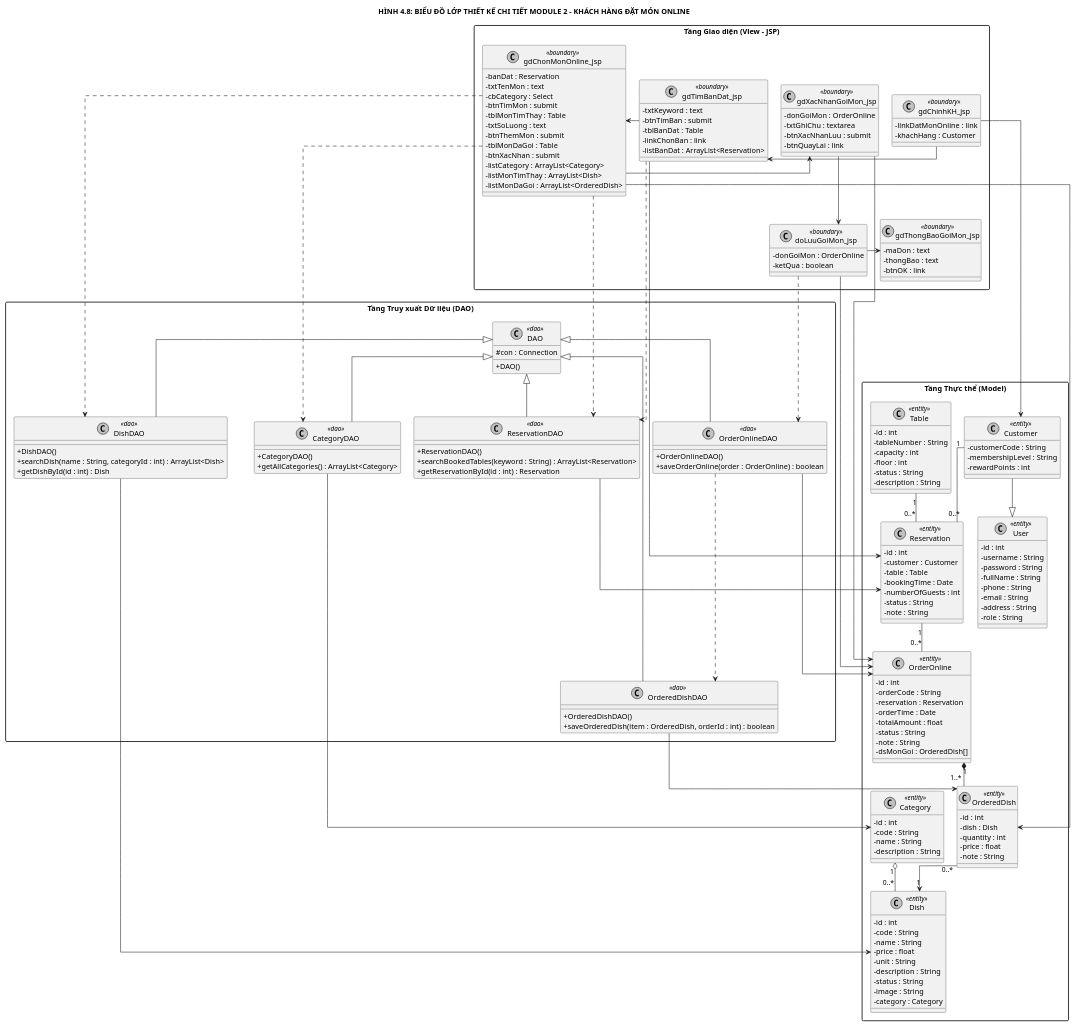
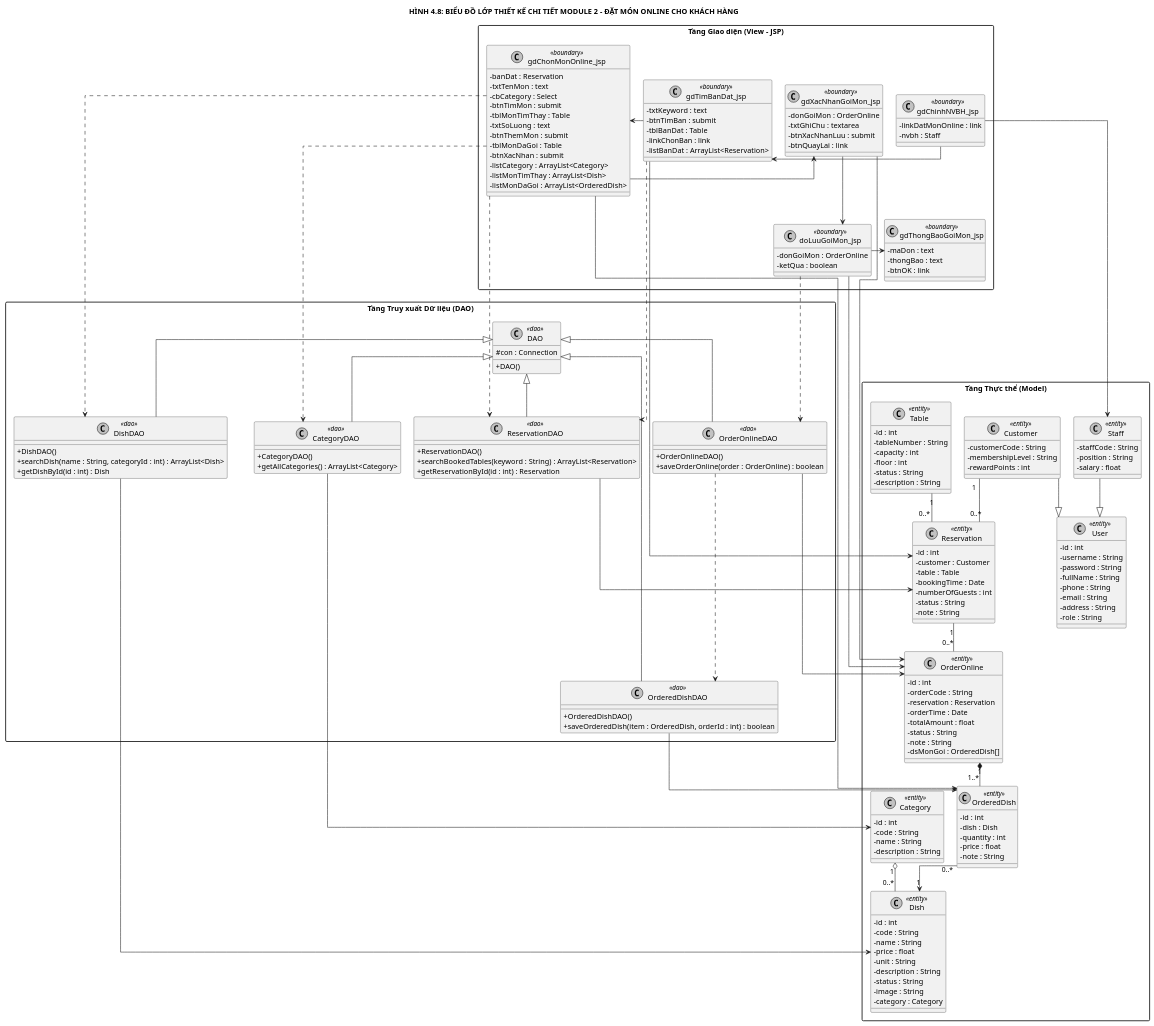
One commit to NEWBIE1005/RMS_RestaurantManagementSystem changed the diagram in docs/plantuml/thiet_ke/Design_04_Module2_ClassDiagram.puml. Above: the diagram before and after it, drawn with PlantUML. The commit also changed 30 other files, not shown here.

Commit message:
Align Module 2 across Spec/Analysis/Design/UI/Report with Sale Staff as primary operator and Customer as external info provider

```diff
--- a/docs/plantuml/thiet_ke/Design_04_Module2_ClassDiagram.puml
+++ b/docs/plantuml/thiet_ke/Design_04_Module2_ClassDiagram.puml
@@ -7,12 +7,12 @@
 skinparam nodesep 25
 skinparam ranksep 45
 
-title HÌNH 4.8: BIỂU ĐỒ LỚP THIẾT KẾ CHI TIẾT MODULE 2 - KHÁCH HÀNG ĐẶT MÓN ONLINE
+title HÌNH 4.8: BIỂU ĐỒ LỚP THIẾT KẾ CHI TIẾT MODULE 2 - ĐẶT MÓN ONLINE CHO KHÁCH HÀNG
 
 package "Tầng Giao diện (View - JSP)" {
-    class gdChinhKH_jsp <<boundary>> {
+    class gdChinhNVBH_jsp <<boundary>> {
         - linkDatMonOnline : link
-        - khachHang : Customer
+        - nvbh : Staff
     }
 
     class gdTimBanDat_jsp <<boundary>> {
@@ -103,6 +103,12 @@
         - role : String
     }
 
+    class Staff <<entity>> {
+        - staffCode : String
+        - position : String
+        - salary : float
+    }
+
     class Customer <<entity>> {
         - customerCode : String
         - membershipLevel : String
@@ -167,7 +173,7 @@
     }
 }
 
-gdChinhKH_jsp -right-> gdTimBanDat_jsp
+gdChinhNVBH_jsp -right-> gdTimBanDat_jsp
 gdTimBanDat_jsp -right-> gdChonMonOnline_jsp
 gdChonMonOnline_jsp -right-> gdXacNhanGoiMon_jsp
 gdXacNhanGoiMon_jsp -down-> doLuuGoiMon_jsp
@@ -186,7 +192,7 @@
 doLuuGoiMon_jsp -down..> OrderOnlineDAO
 OrderOnlineDAO -down..> OrderedDishDAO
 
-gdChinhKH_jsp -down-> Customer
+gdChinhNVBH_jsp -down-> Staff
 gdTimBanDat_jsp -down-> Reservation
 gdChonMonOnline_jsp -down-> OrderedDish
 gdXacNhanGoiMon_jsp -down-> OrderOnline
@@ -198,6 +204,7 @@
 OrderOnlineDAO -down-> OrderOnline
 OrderedDishDAO -down-> OrderedDish
 
+Staff --|> User
 Customer --|> User
 Customer "1" -- "0..*" Reservation
 Table "1" -- "0..*" Reservation
```
